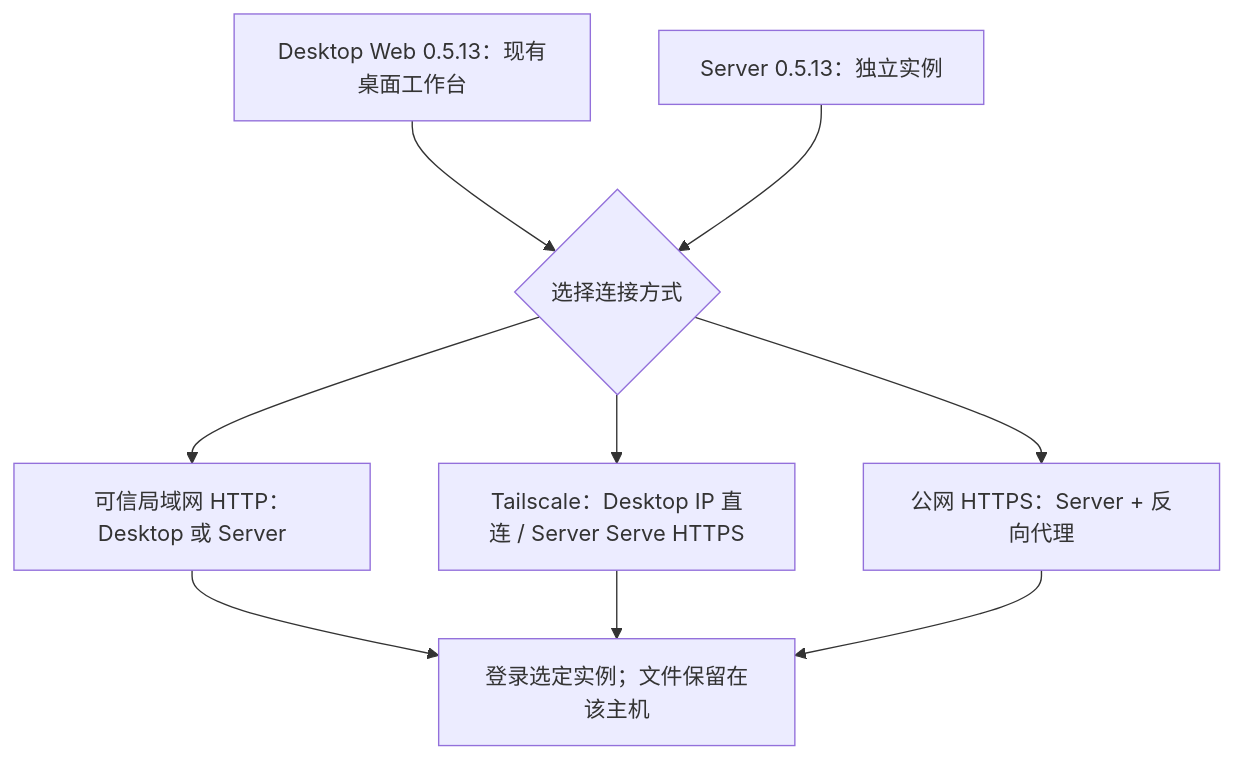
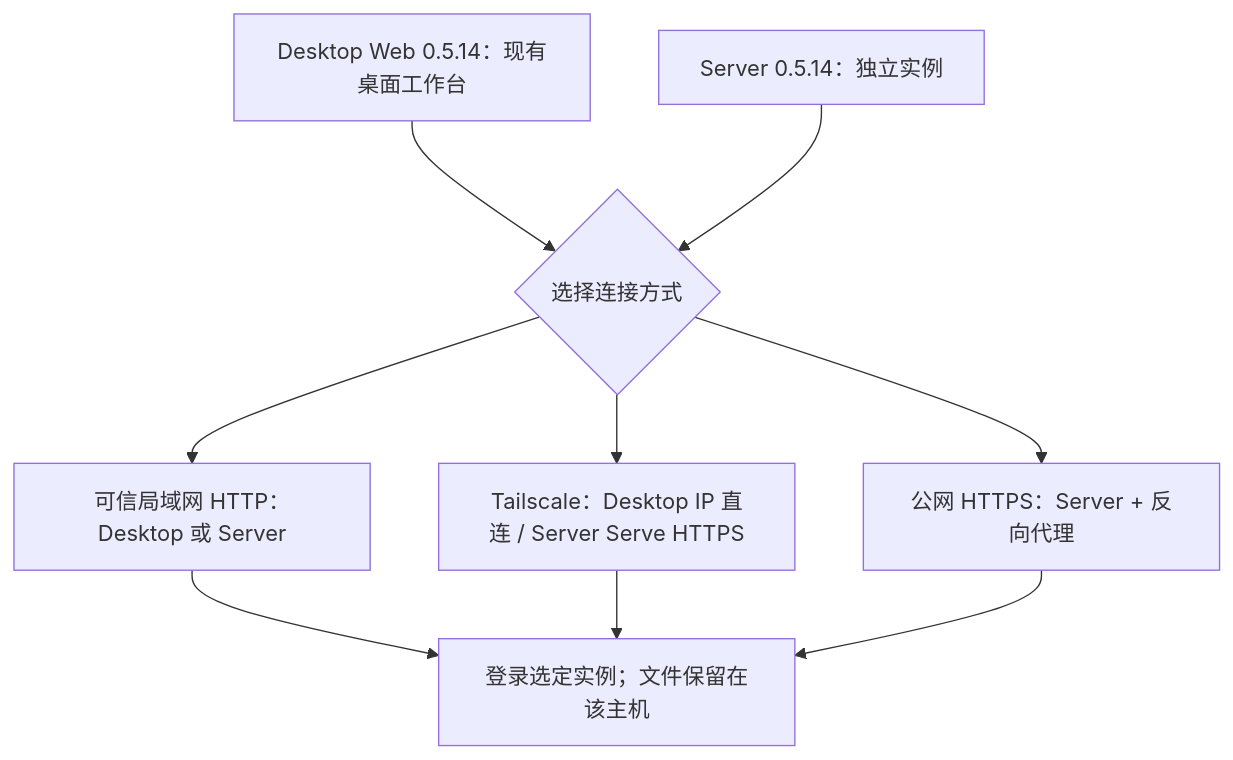
One commit to murray17/rovai-ai changed the diagram in website/site/public/assets/diagrams/deployment-choice-zh.mmd. Above: the diagram before and after it, drawn with Mermaid. The commit also changed 10 other files, not shown here.

```diff
--- a/website/site/public/assets/diagrams/deployment-choice-zh.mmd
+++ b/website/site/public/assets/diagrams/deployment-choice-zh.mmd
@@ -1,12 +1,12 @@
 flowchart TB
-  desktop["Desktop Web 0.5.13：现有桌面工作台"]
-  server["Server 0.5.13：独立实例"]
+  desktop["Desktop Web 0.5.14：现有桌面工作台"]
+  server["Server 0.5.14：独立实例"]
   choice{"选择连接方式"}
   desktop --> choice
   server --> choice
   choice --> lan["可信局域网 HTTP：Desktop 或 Server"]
   choice --> ts["Tailscale：Desktop IP 直连 / Server Serve HTTPS"]
   choice --> public["公网 HTTPS：Server + 反向代理"]
   lan --> login["登录选定实例；文件保留在该主机"]
   ts --> login
   public --> login
```
